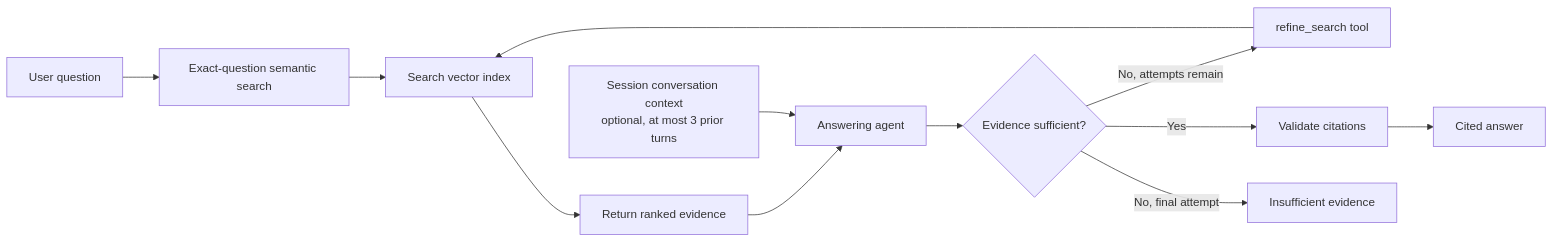
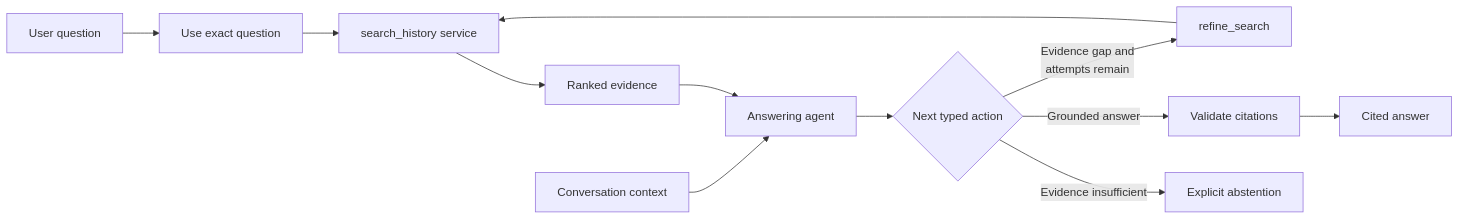
The third of 4 diagrams in docs/architecture.md (sophiatheofanidou/RepoRationale), drawn with Mermaid before and after one commit. The commit also changed other lines of this file and 18 other files, not shown here.

````diff
--- a/docs/architecture.md
+++ b/docs/architecture.md
@@ -198,16 +139,14 @@
 ```mermaid
 flowchart LR
-    Question[User question]
-    Context[Session conversation context<br/>optional, at most 3 prior turns]
-    Question --> Search[Exact-question semantic search]
-    Search --> Index[Search vector index]
-    Index --> Evidence[Return ranked evidence]
-    Evidence --> Agent[Answering agent]
-    Context --> Agent
-    Agent --> Assess{Evidence sufficient?}
-    Assess -->|No, attempts remain| Refine[refine_search tool]
-    Refine --> Index
-    Assess -->|Yes| Validate[Validate citations]
+    Question[User question] --> First[Use exact question]
+    First --> Search[search_history service]
+    Search --> Evidence[Ranked evidence]
+    Context[Conversation context] --> Agent[Answering agent]
+    Evidence --> Agent
+    Agent --> Action{Next typed action}
+    Action -->|Evidence gap and<br/>attempts remain| Refine[refine_search]
+    Refine --> Search
+    Action -->|Grounded answer| Validate[Validate citations]
     Validate --> Answer[Cited answer]
-    Assess -->|No, final attempt| Abstain[Insufficient evidence]
+    Action -->|Evidence insufficient| Abstain[Explicit abstention]
 ```
````
